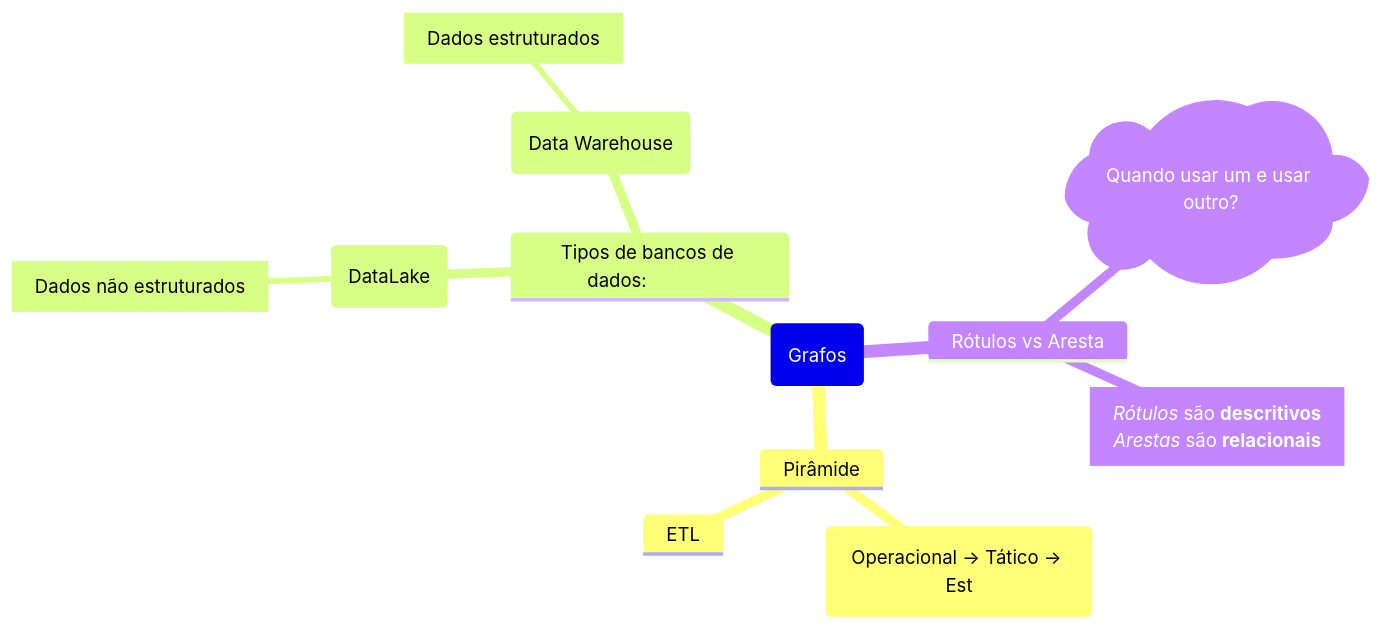
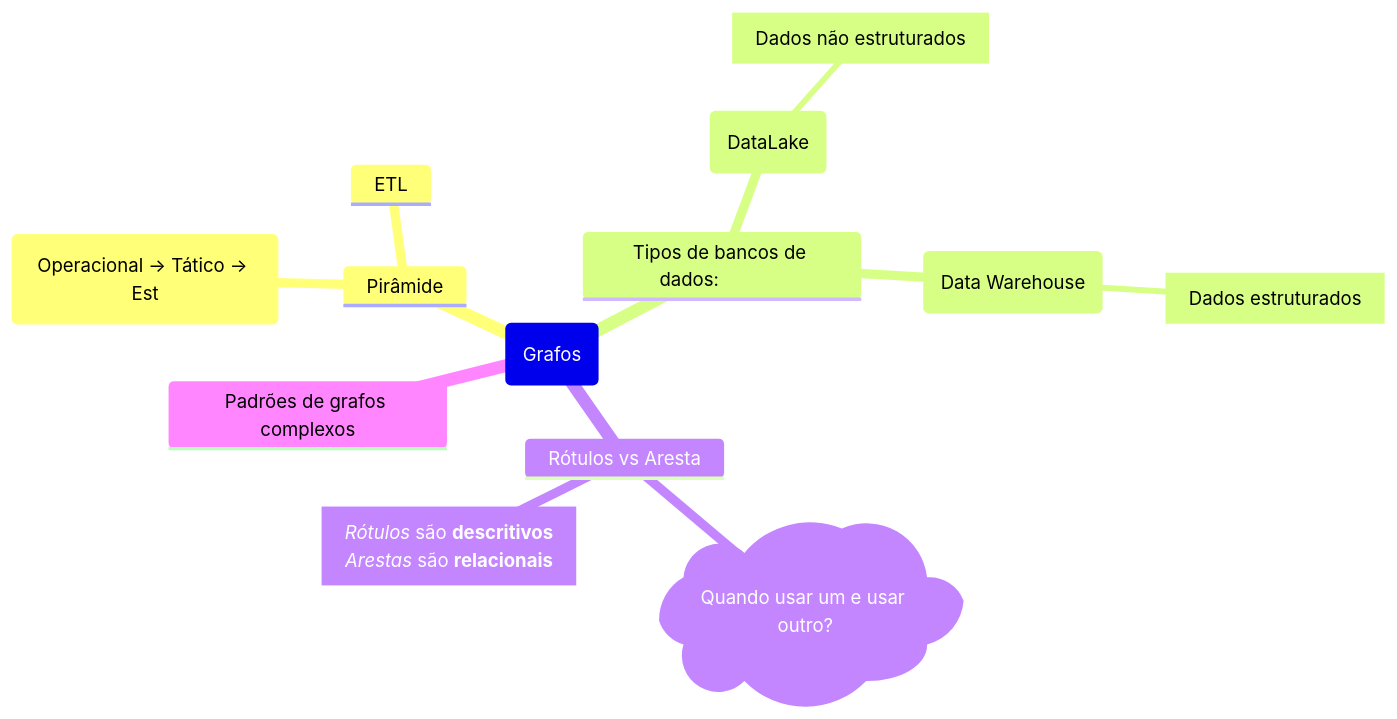
The diagram in Mestrado/Segundo Semestre/SIN5033 - Grafos de conhecimento e Ontologias/Anotações/De Aulas/Aula do dia 2026 04 08.md (Igorino/joplin-notes), drawn with Mermaid before and after one commit.

Commit message:
Exported on 2026-04-08_15-36-51

````diff
--- a/Mestrado/Segundo Semestre/SIN5033 - Grafos de conhecimento e Ontologias/Anotações/De Aulas/Aula do dia 2026 04 08.md
+++ b/Mestrado/Segundo Semestre/SIN5033 - Grafos de conhecimento e Ontologias/Anotações/De Aulas/Aula do dia 2026 04 08.md
@@ -1,23 +1,23 @@
 ```mermaid
 mindmap
 	Root(Grafos)
 		Pirâmide
 			("Operacional -> Tático -> Est")
 			ETL
 
 		Tipos de bancos de dados:		
 			(DataLake)
 				[Dados não estruturados]
 			(Data Warehouse)
 				[Dados estruturados]
 
 		Rótulos vs Aresta
 			)Quando usar um e usar outro?(
 			[*Rótulos* são **descritivos**
-			*Arestas* são **relacionais**	]
+			*Arestas* são **relacionais**]
 
-		
+		Padrões de grafos complexos
 
 
 			
 ```
````
